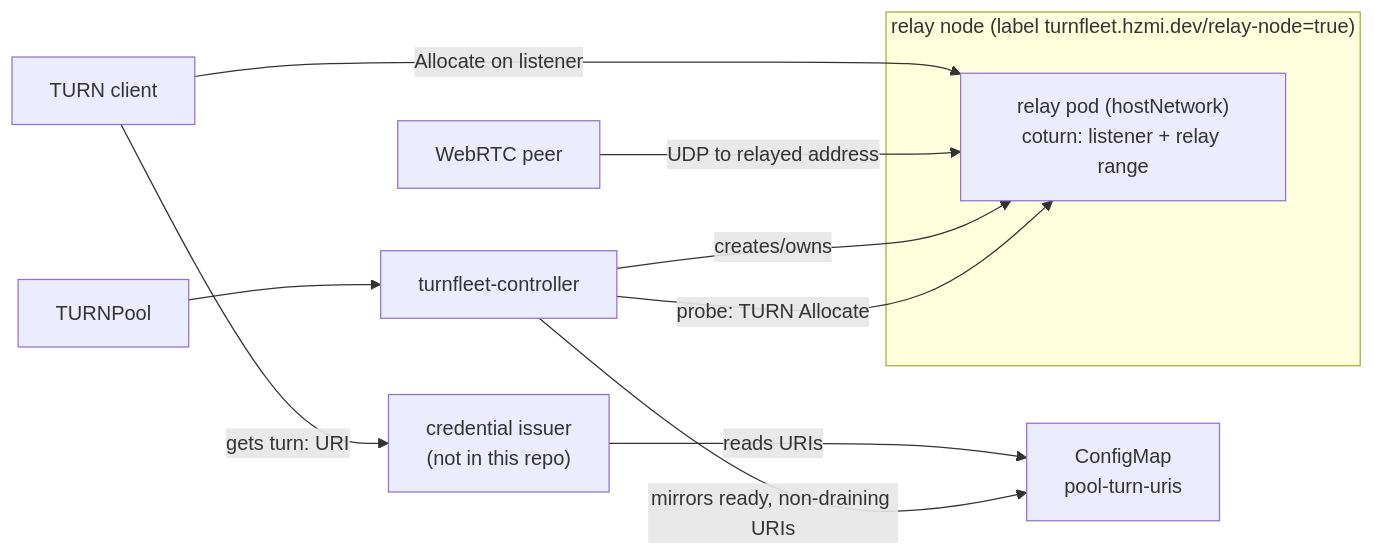
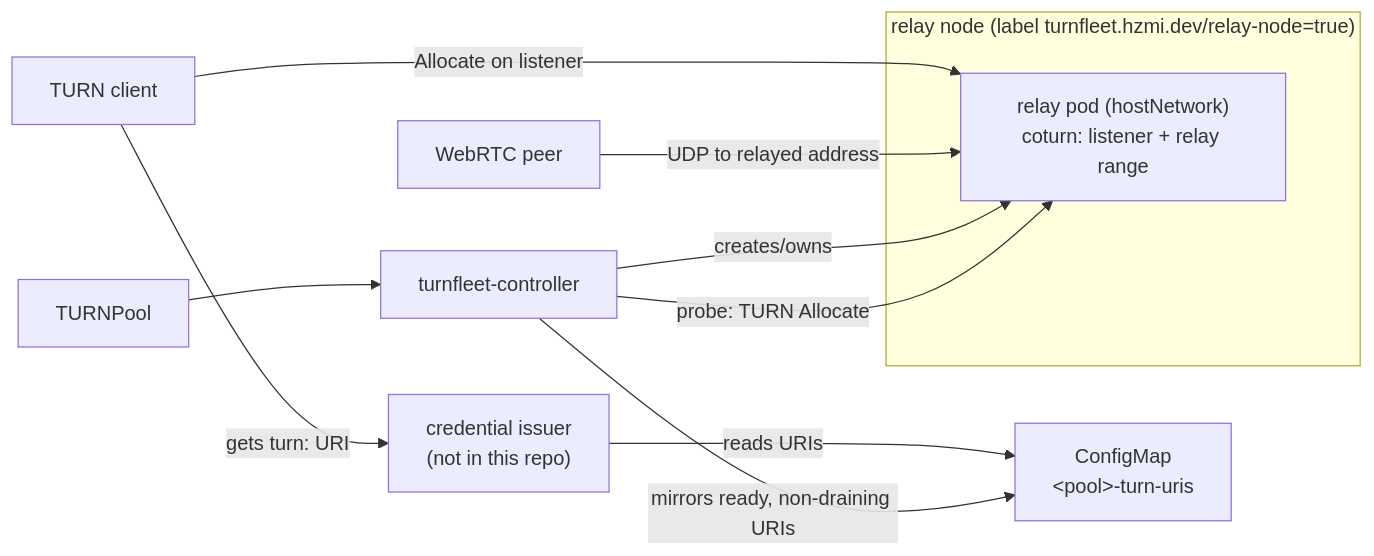
Before and after one commit to Hazmi35/turnfleet: the first of 2 diagrams in docs/architecture.md, drawn with Mermaid. The commit also changed other lines of this file and 11 other files, not shown here.

````diff
--- a/docs/architecture.md
+++ b/docs/architecture.md
@@ -20,20 +20,20 @@
 ```mermaid
 flowchart LR
   client["TURN client"]
   issuer["credential issuer<br/>(not in this repo)"]
   agent["turnfleet-controller"]
   pool["TURNPool"]
-  cm["ConfigMap<br/>pool-turn-uris"]
+  cm["ConfigMap<br/>&lt;pool&gt;-turn-uris"]
   subgraph node["relay node (label turnfleet.hzmi.dev/relay-node=true)"]
     relay["relay pod (hostNetwork)<br/>coturn: listener + relay range"]
   end
 
   issuer -->|reads URIs| cm
   client -->|gets turn: URI| issuer
   client -->|Allocate on listener| relay
   peer["WebRTC peer"] -->|UDP to relayed address| relay
   pool --> agent
   agent -->|creates/owns| relay
   agent -->|mirrors ready, non-draining URIs| cm
   agent -->|probe: TURN Allocate| relay
 ```
````
